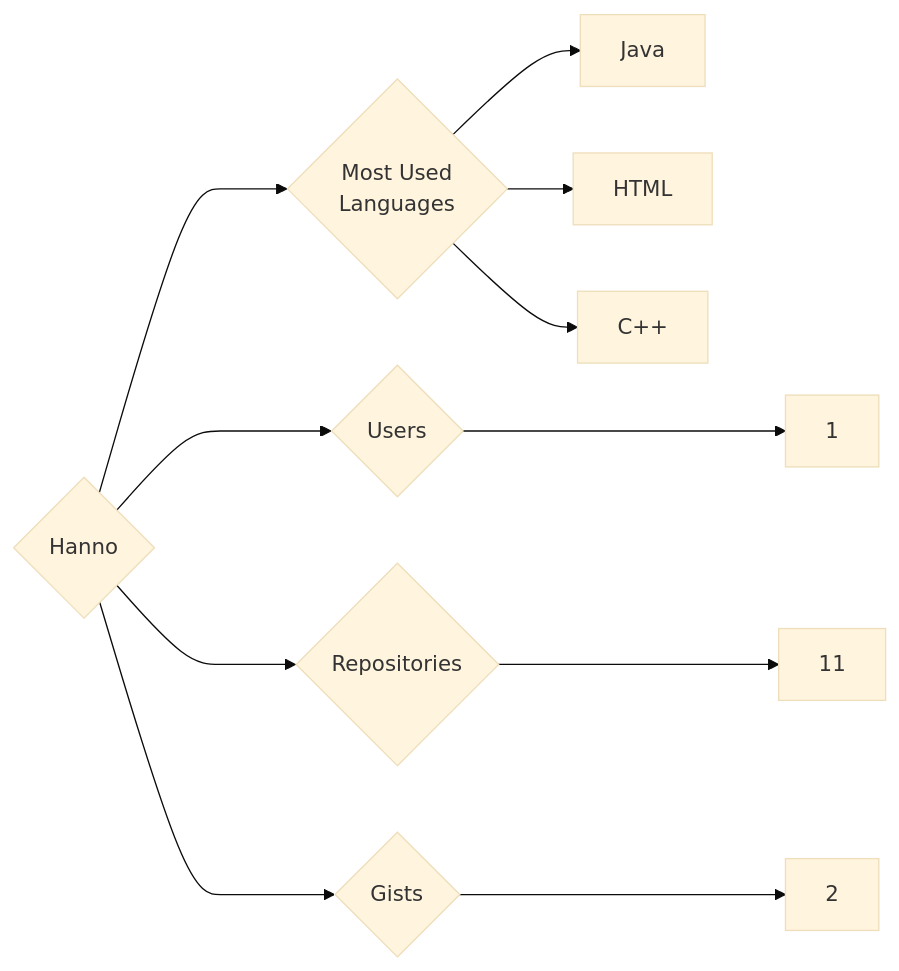
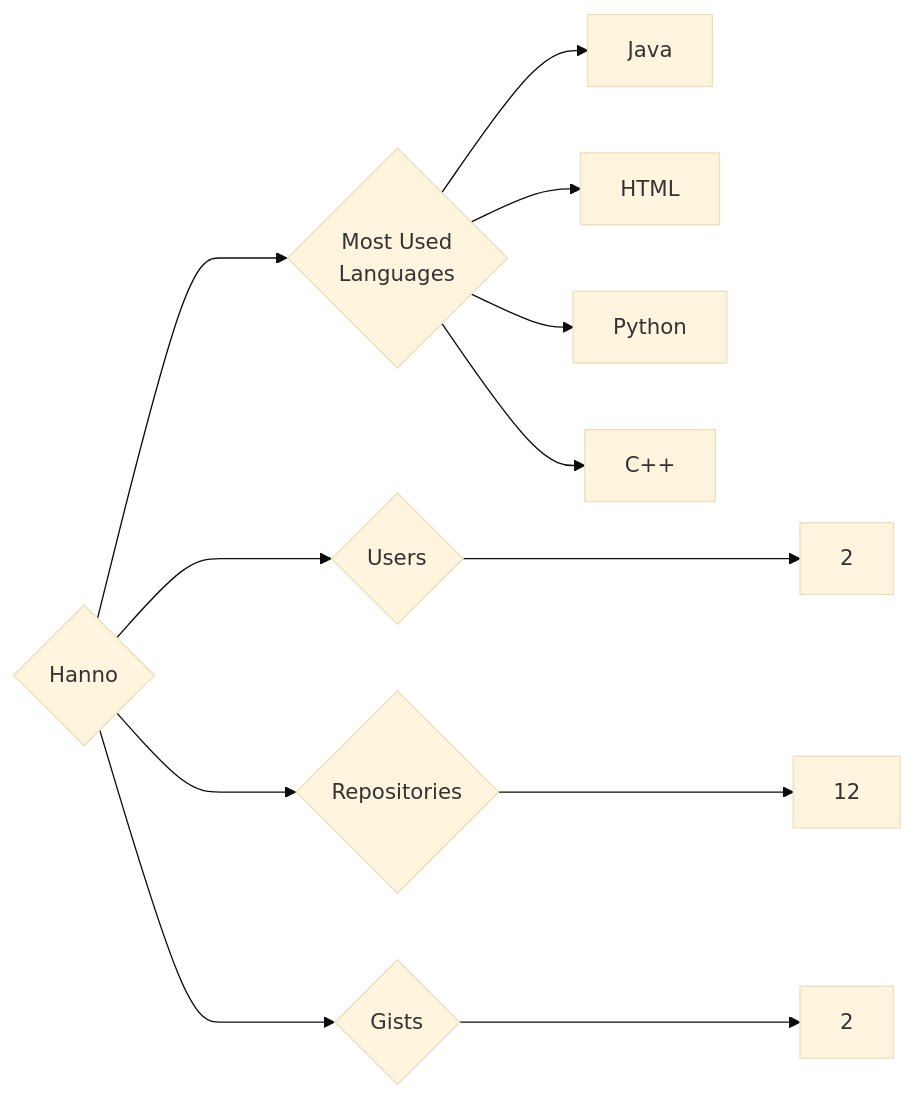
The diagram in targets/Hanno/README.md (trickest/insiders), drawn with Mermaid (base theme) before and after one commit. The commit also changed 644 other files, not shown here.

````diff
--- a/targets/Hanno/README.md
+++ b/targets/Hanno/README.md
@@ -3,11 +3,12 @@
 ```mermaid
 graph LR
 COMPANY_NAME{Hanno}
-COMPANY_NAME ---> U{Users} ---> UN[1]
-COMPANY_NAME ---> R{Repositories} ---> RN[11]
+COMPANY_NAME ---> U{Users} ---> UN[2]
+COMPANY_NAME ---> R{Repositories} ---> RN[12]
 COMPANY_NAME ---> G{Gists} ---> GN[2]
 COMPANY_NAME ---> ML{Most Used<br>Languages}
 ML --> Java[Java]
 ML --> HTML[HTML]
+ML --> Python[Python]
 ML --> C++[C++]
 ```
````
